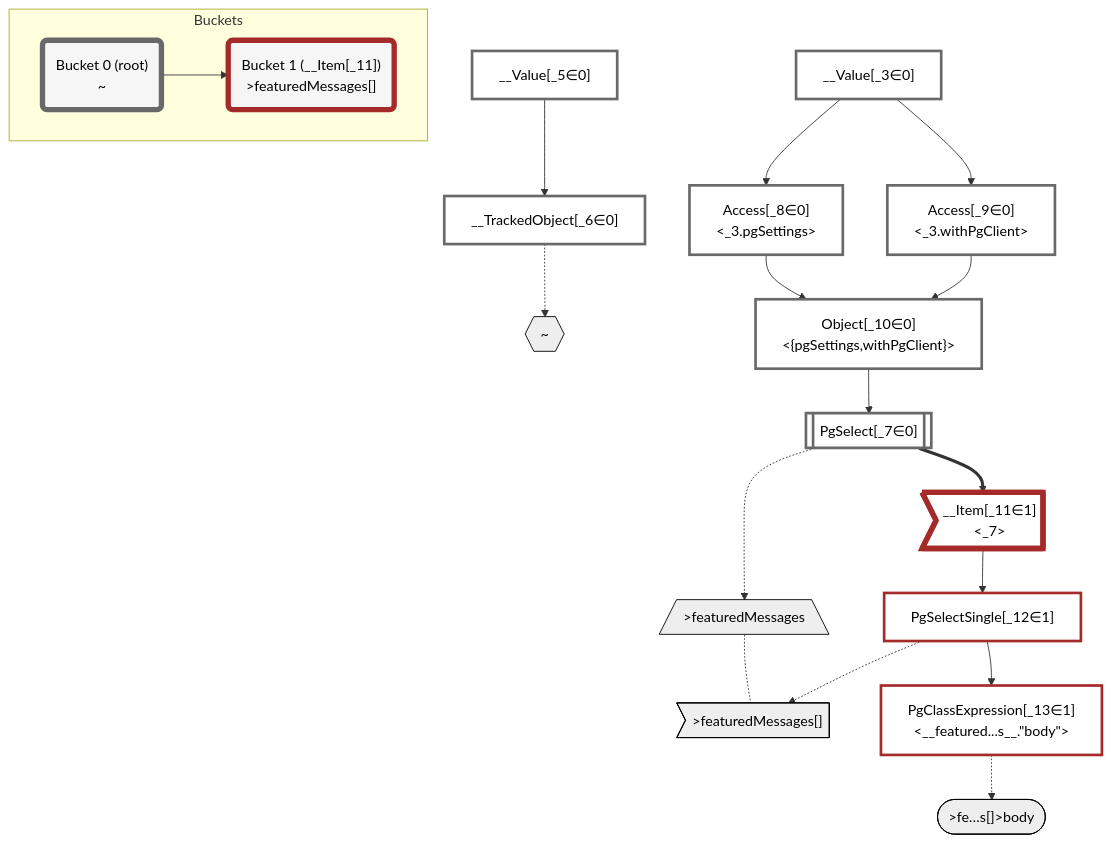
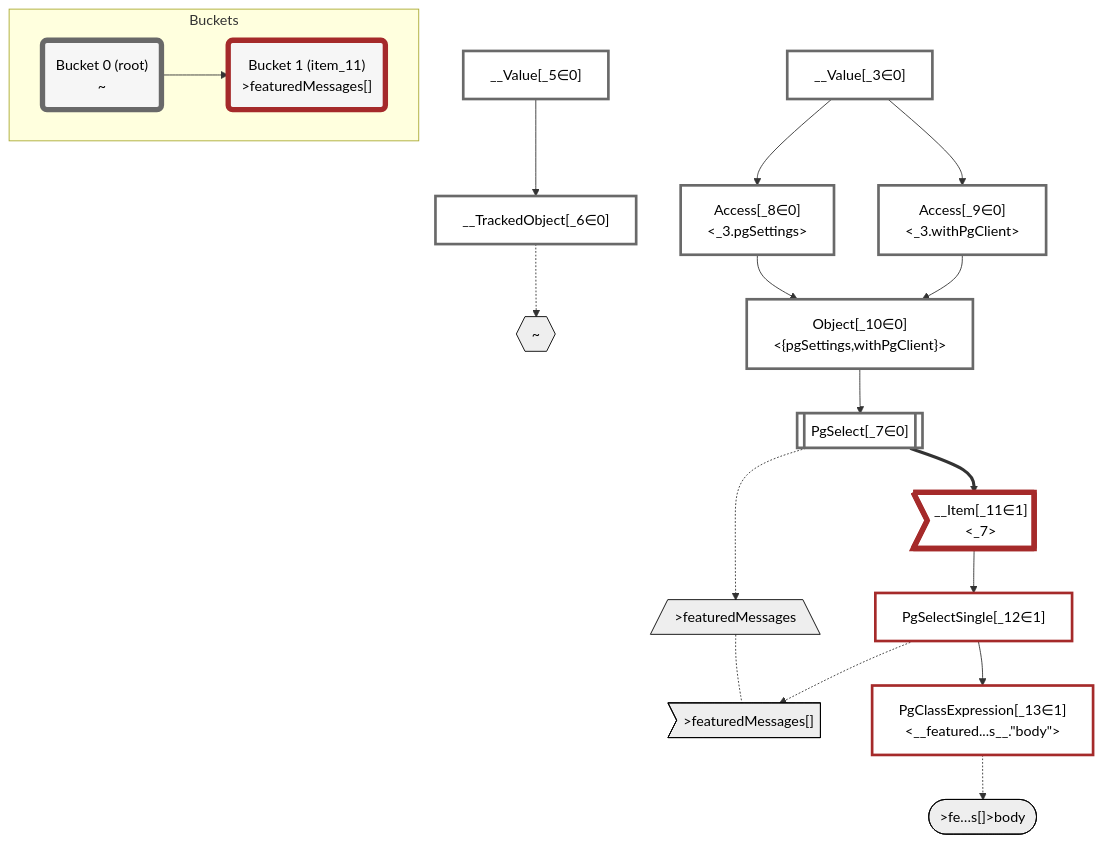
One commit to graphile/crystal changed the diagram in packages/dataplan-pg/__tests__/queries/functions/custom-query-setof-message.deopt.mermaid.md. Above: the diagram before and after it, drawn with Mermaid. The commit also changed 159 other files, not shown here.

````diff
--- a/packages/dataplan-pg/__tests__/queries/functions/custom-query-setof-message.deopt.mermaid.md
+++ b/packages/dataplan-pg/__tests__/queries/functions/custom-query-setof-message.deopt.mermaid.md
@@ -1,61 +1,61 @@
 ```mermaid
 graph TD
     classDef path fill:#eee,stroke:#000,color:#000
     classDef plan fill:#fff,stroke-width:3px,color:#000
     classDef itemplan fill:#fff,stroke-width:6px,color:#000
     classDef sideeffectplan fill:#f00,stroke-width:6px,color:#000
     classDef bucket fill:#f6f6f6,color:#000,stroke-width:6px
 
     %% subgraph fields
     P1{{"~"}}:::path
     P2[/">featuredMessages"\]:::path
     P3>">featuredMessages[]"]:::path
     P2 -.- P3
     P4([">fe…s[]>body"]):::path
     %% P3 -.-> P4
     %% P1 -.-> P2
     %% end
 
     %% define plans
     __Value_3["__Value[_3∈0]<br /><context>"]:::plan
     __Value_5["__Value[_5∈0]<br /><rootValue>"]:::plan
     __TrackedObject_6["__TrackedObject[_6∈0]"]:::plan
     PgSelect_7[["PgSelect[_7∈0]<br /><featured_messages>"]]:::plan
     Access_8["Access[_8∈0]<br /><_3.pgSettings>"]:::plan
     Access_9["Access[_9∈0]<br /><_3.withPgClient>"]:::plan
     Object_10["Object[_10∈0]<br /><{pgSettings,withPgClient}>"]:::plan
     __Item_11>"__Item[_11∈1]<br /><_7>"]:::itemplan
     PgSelectSingle_12["PgSelectSingle[_12∈1]<br /><featured_messages>"]:::plan
     PgClassExpression_13["PgClassExpression[_13∈1]<br /><__featured...s__.#quot;body#quot;>"]:::plan
 
     %% plan dependencies
     __Value_5 --> __TrackedObject_6
     Object_10 --> PgSelect_7
     __Value_3 --> Access_8
     __Value_3 --> Access_9
     Access_8 --> Object_10
     Access_9 --> Object_10
     PgSelect_7 ==> __Item_11
     __Item_11 --> PgSelectSingle_12
     PgSelectSingle_12 --> PgClassExpression_13
 
     %% plan-to-path relationships
     __TrackedObject_6 -.-> P1
     PgSelect_7 -.-> P2
     PgSelectSingle_12 -.-> P3
     PgClassExpression_13 -.-> P4
 
     %% allocate buckets
     classDef bucket0 stroke:#696969
     class __Value_3,__Value_5,__TrackedObject_6,PgSelect_7,Access_8,Access_9,Object_10 bucket0
     classDef bucket1 stroke:#a52a2a
     class __Item_11,PgSelectSingle_12,PgClassExpression_13 bucket1
 
     subgraph Buckets
     Bucket0("Bucket 0 (root)<br />~"):::bucket
     style Bucket0 stroke:#696969
-    Bucket1("Bucket 1 (__Item[_11])<br />>featuredMessages[]"):::bucket
+    Bucket1("Bucket 1 (item_11)<br />>featuredMessages[]"):::bucket
     style Bucket1 stroke:#a52a2a
     Bucket0 --> Bucket1
     end
 ```
````
